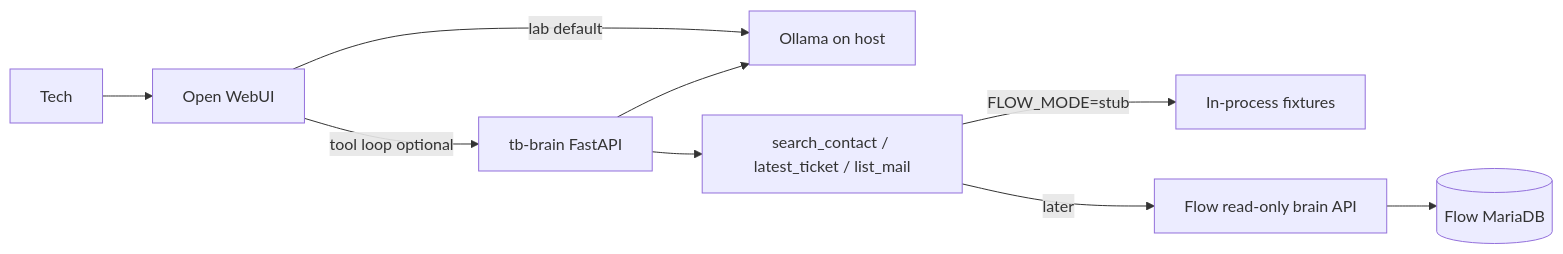
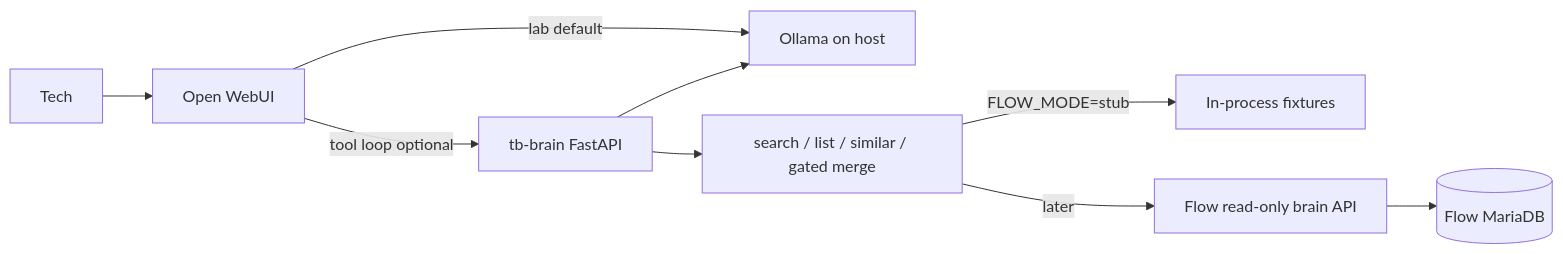
One commit to Tre-Seibert/TechBldrs-Brain changed the diagram in README.md. Above: the diagram before and after it, drawn with Mermaid. The commit also changed other lines of this file and 13 other files, not shown here.

First line of the commit message:
Add technician lookup, general ticket list, duplicate suggestions, and a gated merge

````diff
--- a/README.md
+++ b/README.md
@@ -62,11 +66,11 @@
 ```mermaid
 flowchart LR
   tech[Tech] --> webui[Open WebUI]
   webui -->|"lab default"| ollama[Ollama on host]
   webui -->|"tool loop optional"| brain[tb-brain FastAPI]
   brain --> ollama
-  brain --> tools["search_contact / latest_ticket / list_mail"]
+  brain --> tools["search / list / similar / gated merge"]
   tools -->|"FLOW_MODE=stub"| fixtures[In-process fixtures]
   tools -->|"later"| flowAPI["Flow read-only brain API"]
   flowAPI --> flowDB[(Flow MariaDB)]
 ```
````
